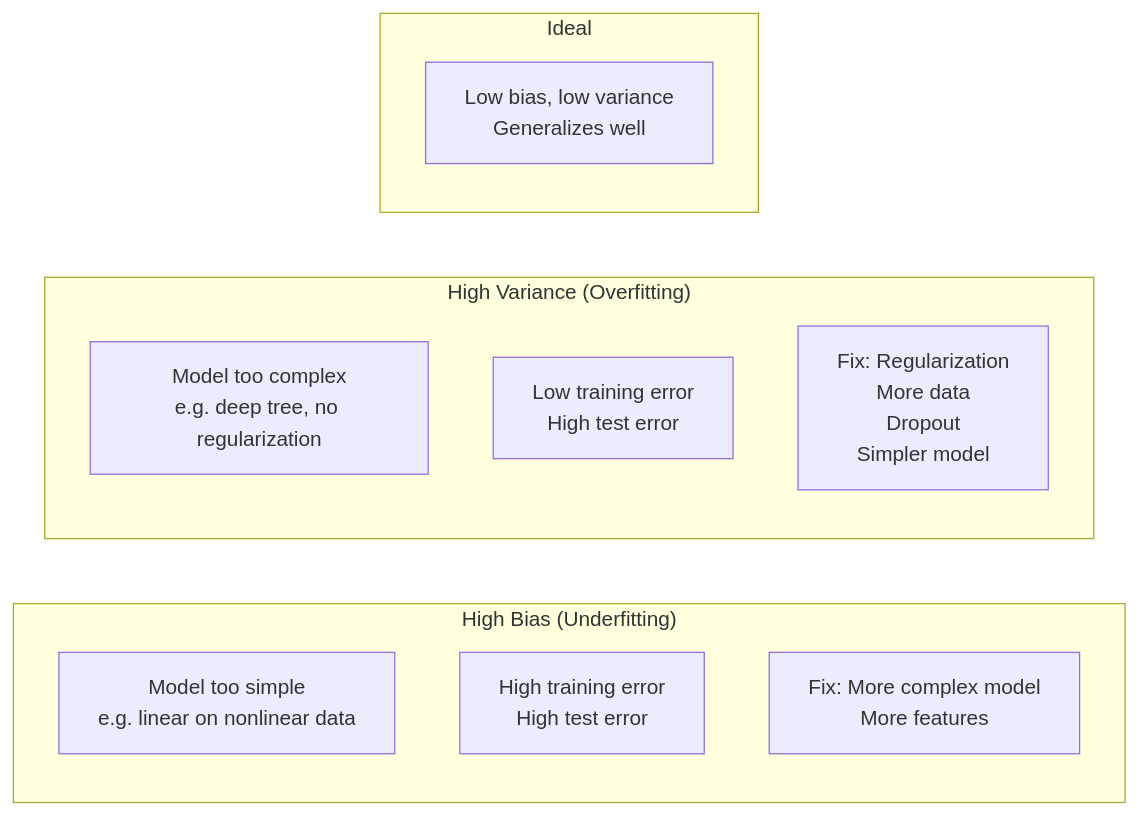
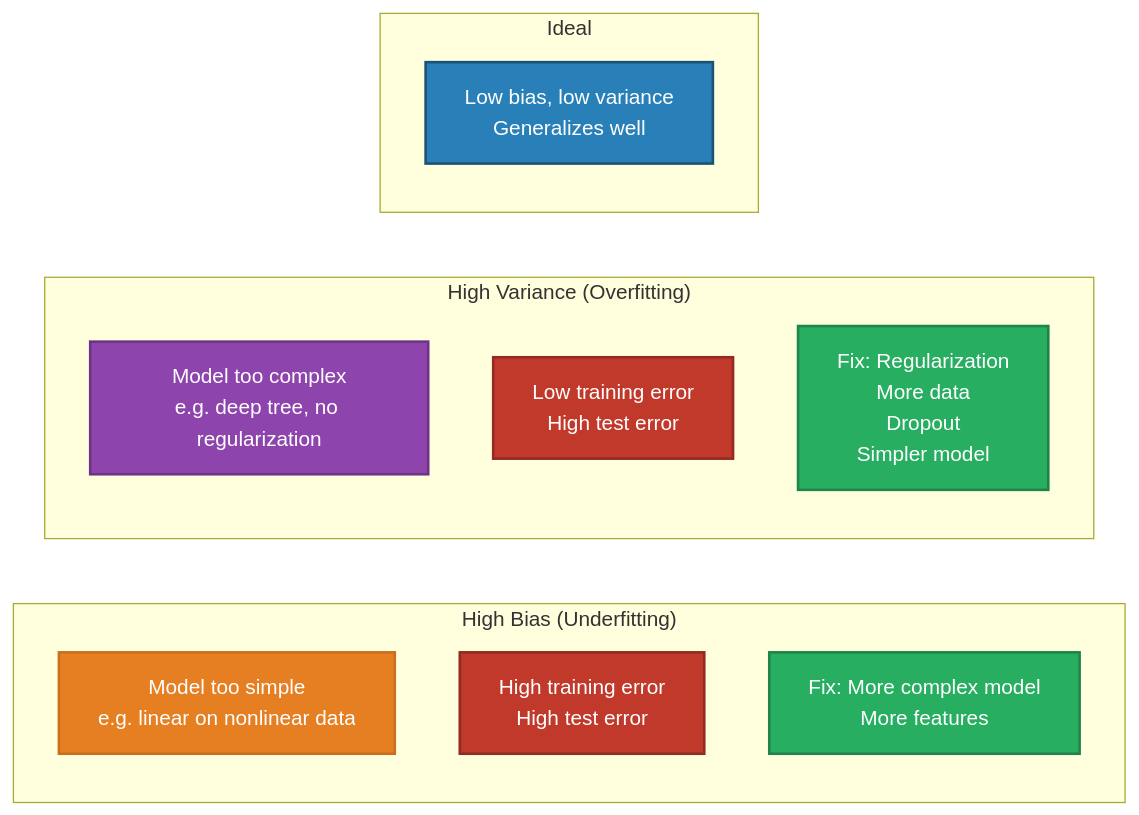
One commit to GyanendraChaubey/AI-Engineering-Notes changed diagram 19 of 24 in docs/17-interview-questions/topic_deep_dive_rag.md. Above: the diagram before and after it, drawn with Mermaid. The commit also changed other lines of this file and 74 other files, not shown here.

First line of the commit message:
refactor: split company_wise_interviews.md into 72 individual interview files + fix mermaid colors

````diff
--- a/docs/17-interview-questions/topic_deep_dive_rag.md
+++ b/docs/17-interview-questions/topic_deep_dive_rag.md
@@ -824,18 +938,26 @@
 ```mermaid
 graph LR
     subgraph HIGH_BIAS["High Bias (Underfitting)"]
         B1[Model too simple\ne.g. linear on nonlinear data]
         B2[High training error\nHigh test error]
         B3[Fix: More complex model\nMore features]
     end
 
     subgraph HIGH_VAR["High Variance (Overfitting)"]
         V1[Model too complex\ne.g. deep tree, no regularization]
         V2[Low training error\nHigh test error]
         V3[Fix: Regularization\nMore data\nDropout\nSimpler model]
     end
 
     subgraph IDEAL["Ideal"]
         I1[Low bias, low variance\nGeneralizes well]
     end
+
+    style B1 fill:#E67E22,stroke:#CA6F1E,stroke-width:2px,color:#FFFFFF
+    style B2 fill:#C0392B,stroke:#922B21,stroke-width:2px,color:#FFFFFF
+    style B3 fill:#27AE60,stroke:#1E8449,stroke-width:2px,color:#FFFFFF
+    style V1 fill:#8E44AD,stroke:#6C3483,stroke-width:2px,color:#FFFFFF
+    style V2 fill:#C0392B,stroke:#922B21,stroke-width:2px,color:#FFFFFF
+    style V3 fill:#27AE60,stroke:#1E8449,stroke-width:2px,color:#FFFFFF
+    style I1 fill:#2980B9,stroke:#1A5276,stroke-width:2px,color:#FFFFFF
 ```
````
